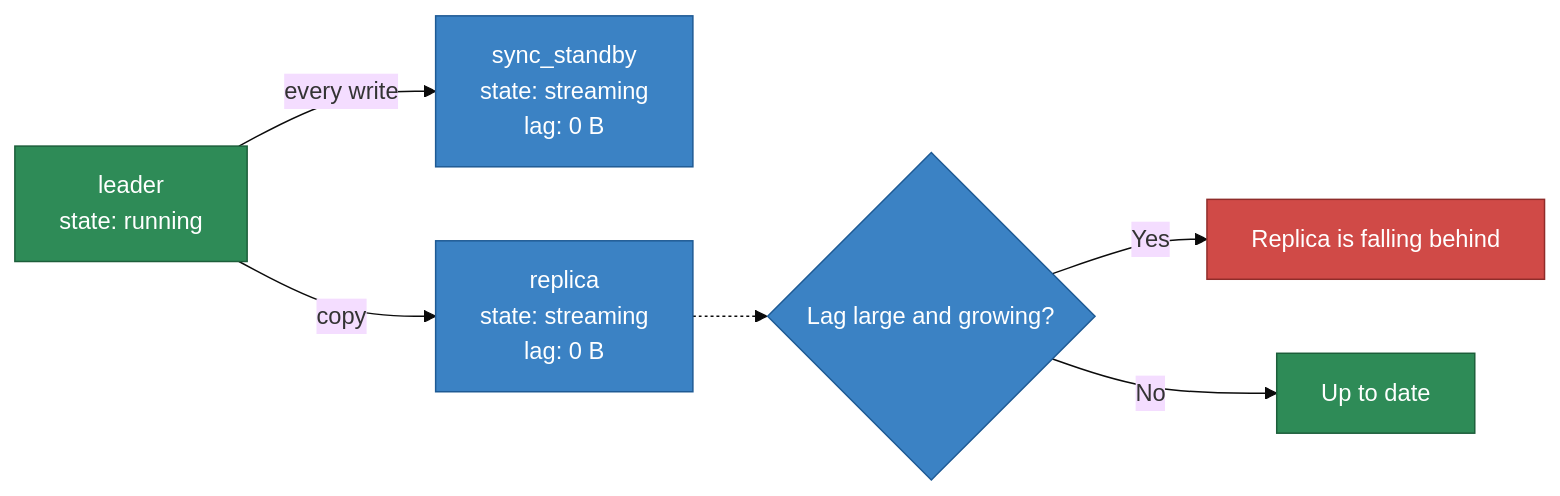
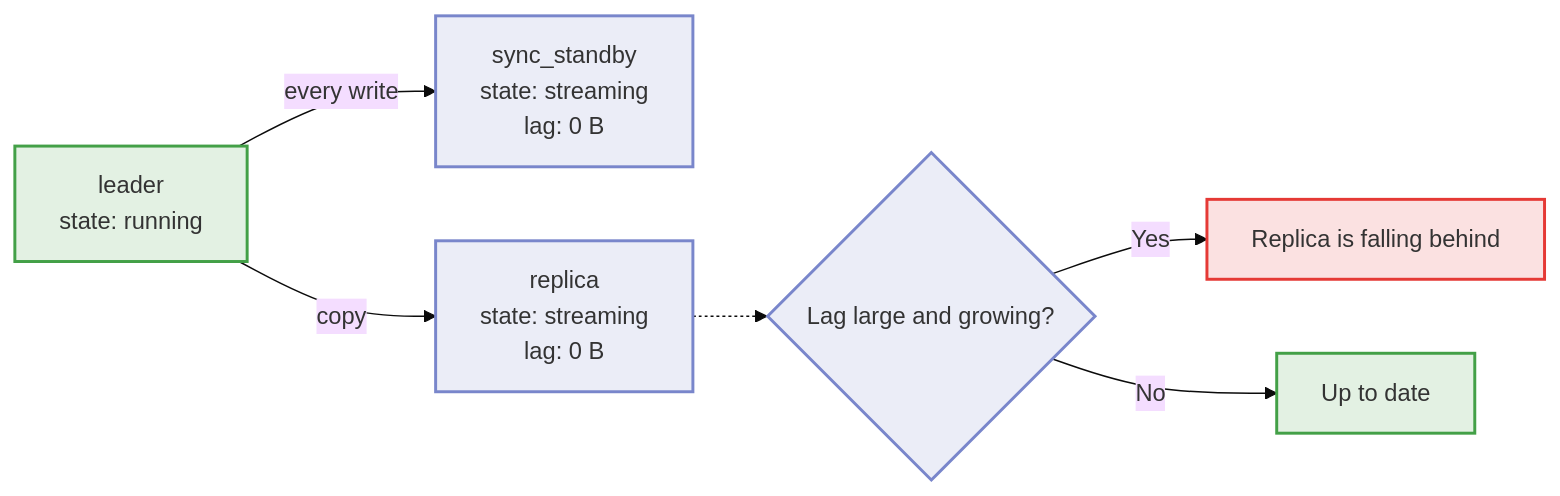
Before and after one commit to AdityaPanchall/keenpg-documentation: the fourth of 8 diagrams in docs/console.md, drawn with Mermaid (base theme). The commit also changed other lines of this file and 8 other files, not shown here.

````diff
--- a/docs/console.md
+++ b/docs/console.md
@@ -586,15 +543,15 @@
 ```mermaid
 flowchart LR
     L["leader<br/>state: running"] -->|"every write"| SS["sync_standby<br/>state: streaming<br/>lag: 0 B"]
     L -->|"copy"| R["replica<br/>state: streaming<br/>lag: 0 B"]
     R -.-> W{"Lag large and growing?"}
     W -->|"Yes"| BAD["Replica is falling behind"]
     W -->|"No"| GOOD["Up to date"]
 
-    classDef step fill:#3b82c4,stroke:#1e5a94,color:#fff
-    classDef ok fill:#2e8b57,stroke:#1c5e3a,color:#fff
-    classDef bad fill:#d04a47,stroke:#8f2c2a,color:#fff
+    classDef step fill:#7986cb26,stroke:#7986cb,stroke-width:2px
+    classDef ok fill:#43a04726,stroke:#43a047,stroke-width:2px
+    classDef bad fill:#e5393526,stroke:#e53935,stroke-width:2px
     class SS,R,W step
     class L,GOOD ok
     class BAD bad
 ```
````
